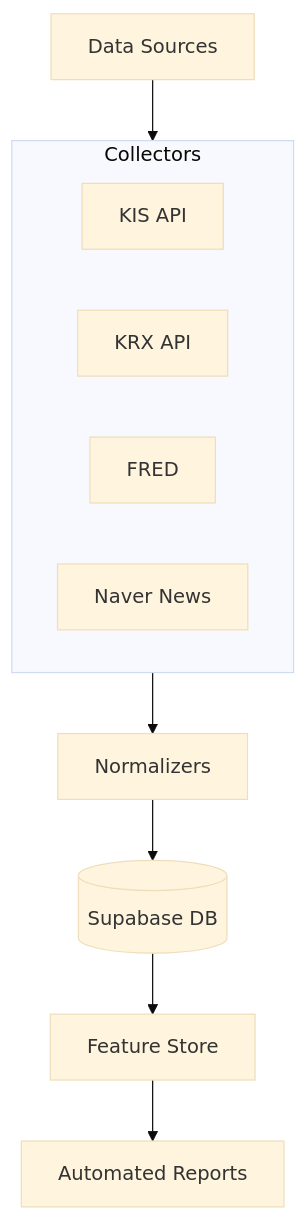
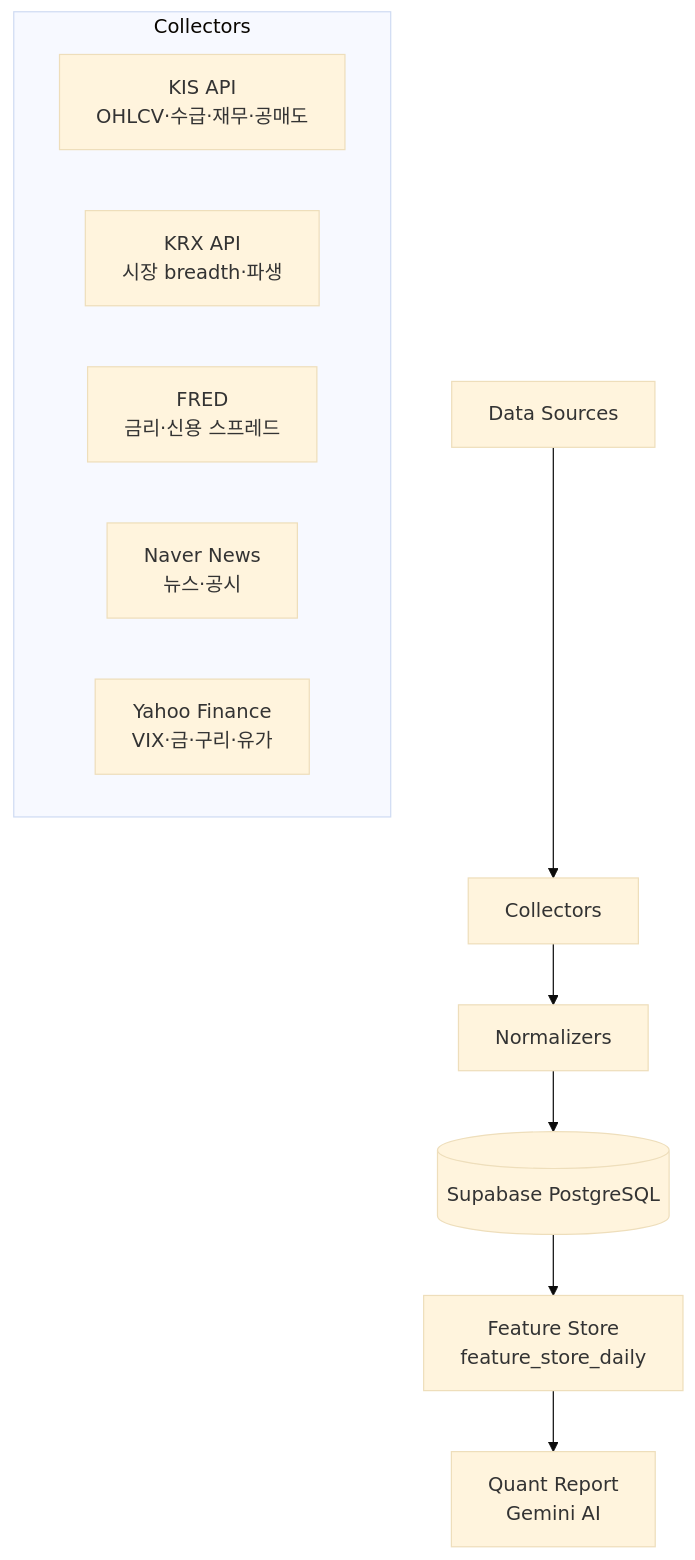
Before and after one commit to pos911/StockData: the diagram in README.md, drawn with Mermaid (base theme). The commit also changed other lines of this file and 3 other files, not shown here.

````diff
--- a/README.md
+++ b/README.md
@@ -14,14 +22,15 @@
 ```mermaid
 graph TD
     A[Data Sources] --> B[Collectors]
-    subgraph B [Collectors]
-        B1[KIS API]
-        B2[KRX API]
-        B3[FRED]
-        B4[Naver News]
+    subgraph Collectors
+        B1[KIS API<br/>OHLCV·수급·재무·공매도]
+        B2[KRX API<br/>시장 breadth·파생]
+        B3[FRED<br/>금리·신용 스프레드]
+        B4[Naver News<br/>뉴스·공시]
+        B5[Yahoo Finance<br/>VIX·금·구리·유가]
     end
     B --> C[Normalizers]
-    C --> D[(Supabase DB)]
-    D --> E[Feature Store]
-    E --> F[Automated Reports]
+    C --> D[(Supabase PostgreSQL)]
+    D --> E[Feature Store<br/>feature_store_daily]
+    E --> F[Quant Report<br/>Gemini AI]
 ```
````
